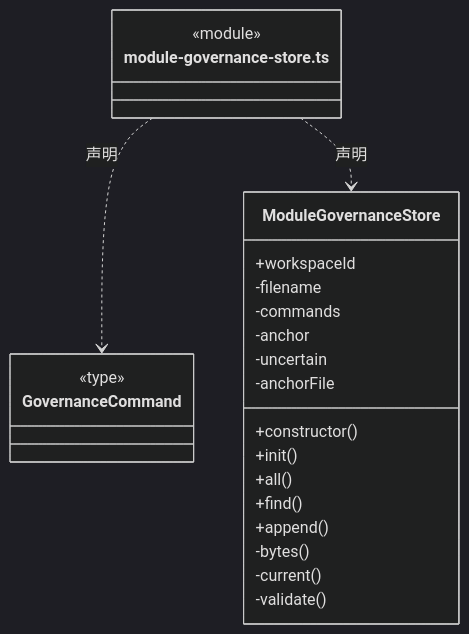
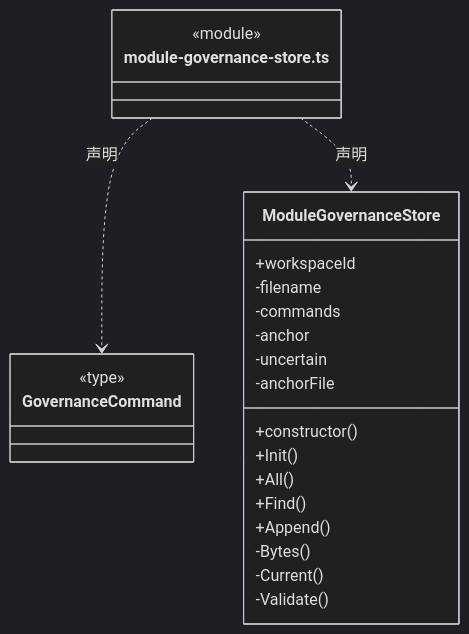
One commit to nan023062/cbim changed the second of 2 diagrams in src/logic/governance/service/storage/ARCHITECTURE.md. Above: the diagram before and after it, drawn with Mermaid (dark theme). The commit also changed 1035 other files, not shown here.

````diff
--- a/src/logic/governance/service/storage/ARCHITECTURE.md
+++ b/src/logic/governance/service/storage/ARCHITECTURE.md
@@ -31,28 +31,28 @@
 ```mermaid
 classDiagram
 class N_src_logic_governance_service_storage_module_governance_store_ts["module-governance-store.ts"] {
   <<module>>
 }
 class N_src_logic_governance_service_storage_module_governance_store_ts_GovernanceCommand["GovernanceCommand"] {
   <<type>>
 
 }
 N_src_logic_governance_service_storage_module_governance_store_ts ..> N_src_logic_governance_service_storage_module_governance_store_ts_GovernanceCommand : 声明
 class N_src_logic_governance_service_storage_module_governance_store_ts_ModuleGovernanceStore["ModuleGovernanceStore"] {
   +workspaceId
   +constructor()
-  +init()
-  +all()
-  +find()
-  +append()
+  +Init()
+  +All()
+  +Find()
+  +Append()
   -filename
   -commands
   -anchor
   -uncertain
   -anchorFile
-  -bytes()
-  -current()
-  -validate()
+  -Bytes()
+  -Current()
+  -Validate()
 }
 N_src_logic_governance_service_storage_module_governance_store_ts ..> N_src_logic_governance_service_storage_module_governance_store_ts_ModuleGovernanceStore : 声明
 ```
````
